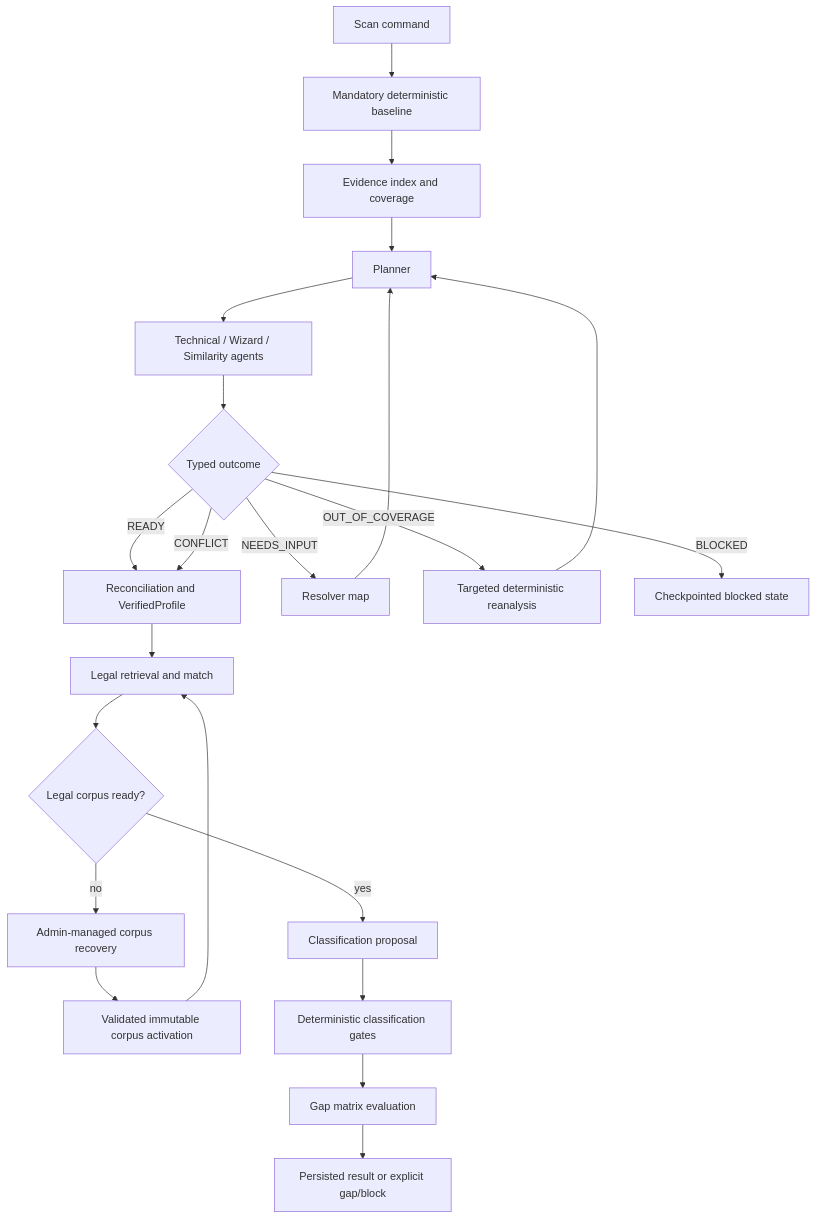
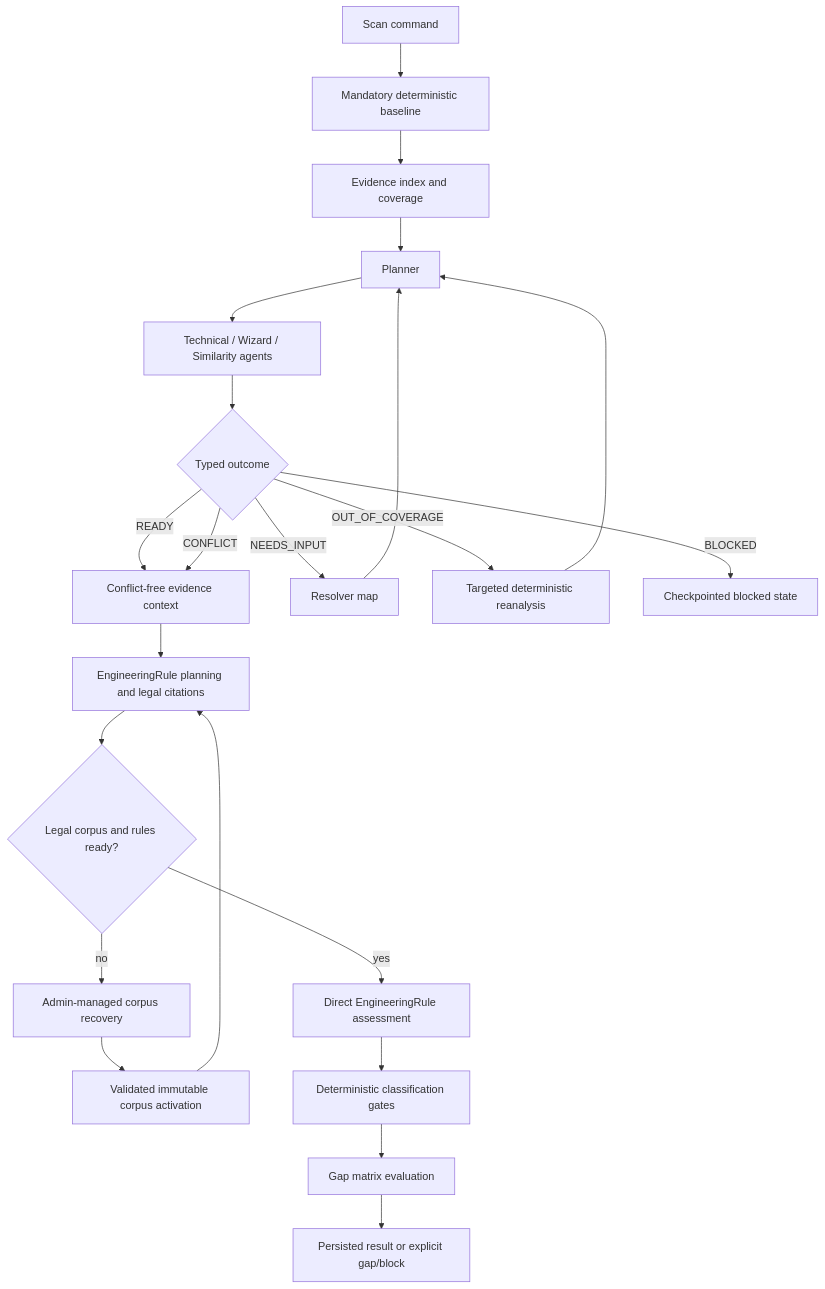
One commit to khovan123/LCSP changed the diagram in docs/specs/spec-agentic-evidence-orchestration/orchestration-state-machine.md. Above: the diagram before and after it, drawn with Mermaid. The commit also changed 82 other files, not shown here.

````diff
--- a/docs/specs/spec-agentic-evidence-orchestration/orchestration-state-machine.md
+++ b/docs/specs/spec-agentic-evidence-orchestration/orchestration-state-machine.md
@@ -3,24 +3,24 @@
 ```mermaid
 flowchart TD
   A[Scan command] --> B[Mandatory deterministic baseline]
   B --> C[Evidence index and coverage]
   C --> D[Planner]
   D --> E[Technical / Wizard / Similarity agents]
   E --> F{Typed outcome}
-  F -->|READY| G[Reconciliation and VerifiedProfile]
+  F -->|READY| G[Conflict-free evidence context]
   F -->|NEEDS_INPUT| H[Resolver map]
   H --> D
   F -->|CONFLICT| G
   F -->|OUT_OF_COVERAGE| I[Targeted deterministic reanalysis]
   I --> D
   F -->|BLOCKED| J[Checkpointed blocked state]
-  G --> K[Legal retrieval and match]
-  K --> L{Legal corpus ready?}
-  L -->|yes| M[Classification proposal]
+  G --> K[EngineeringRule planning and legal citations]
+  K --> L{Legal corpus and rules ready?}
+  L -->|yes| M[Direct EngineeringRule assessment]
   L -->|no| N[Admin-managed corpus recovery]
   N --> O[Validated immutable corpus activation]
   O --> K
   M --> P[Deterministic classification gates]
   P --> Q[Gap matrix evaluation]
   Q --> R[Persisted result or explicit gap/block]
 ```
````
